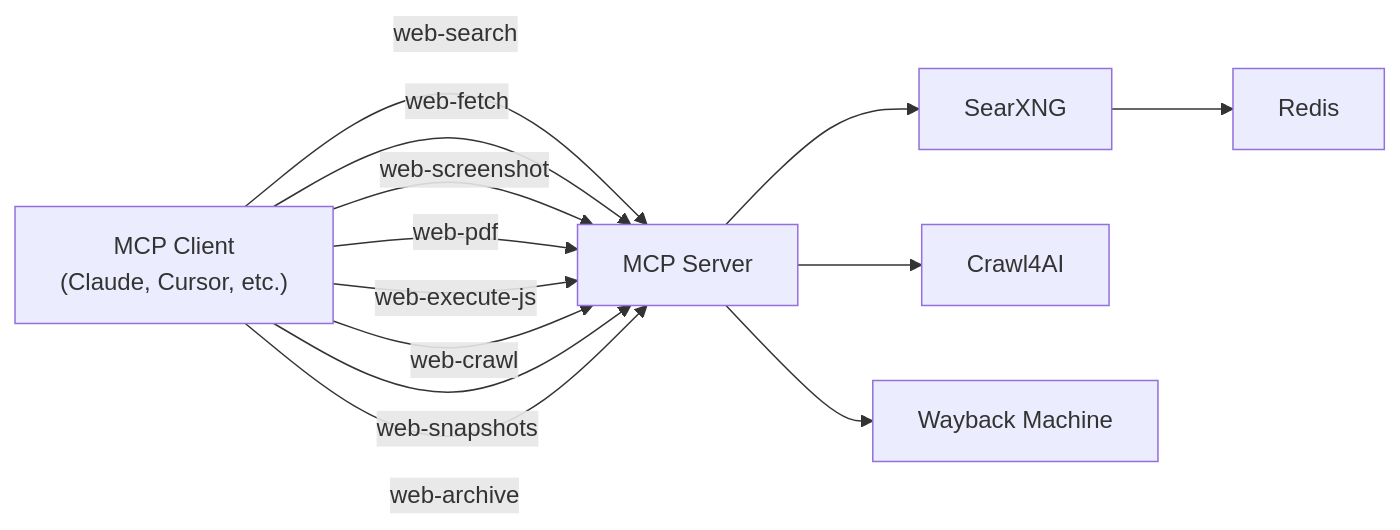
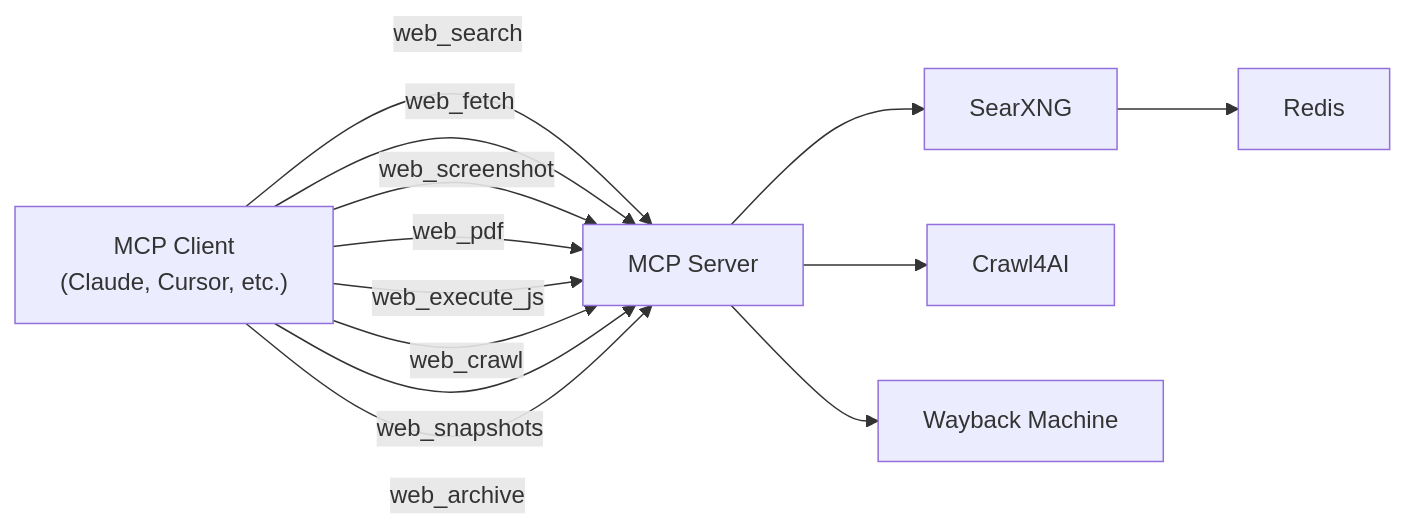
The diagram in README.md (arnaudjnn/web-search-mcp), drawn with Mermaid before and after one commit. The commit also changed other lines of this file and 4 other files, not shown here.

````diff
--- a/README.md
+++ b/README.md
@@ -7,15 +7,15 @@
 ```mermaid
 graph LR
-    Client["MCP Client<br/>(Claude, Cursor, etc.)"] -->|web-search| Server["MCP Server"]
-    Client -->|web-fetch| Server
-    Client -->|web-screenshot| Server
-    Client -->|web-pdf| Server
-    Client -->|web-execute-js| Server
-    Client -->|web-crawl| Server
-    Client -->|web-snapshots| Server
-    Client -->|web-archive| Server
+    Client["MCP Client<br/>(Claude, Cursor, etc.)"] -->|web_search| Server["MCP Server"]
+    Client -->|web_fetch| Server
+    Client -->|web_screenshot| Server
+    Client -->|web_pdf| Server
+    Client -->|web_execute_js| Server
+    Client -->|web_crawl| Server
+    Client -->|web_snapshots| Server
+    Client -->|web_archive| Server
     Server --> SearXNG
     SearXNG --> Redis
     Server --> Crawl4AI
     Server --> Wayback["Wayback Machine"]
 ```
````
